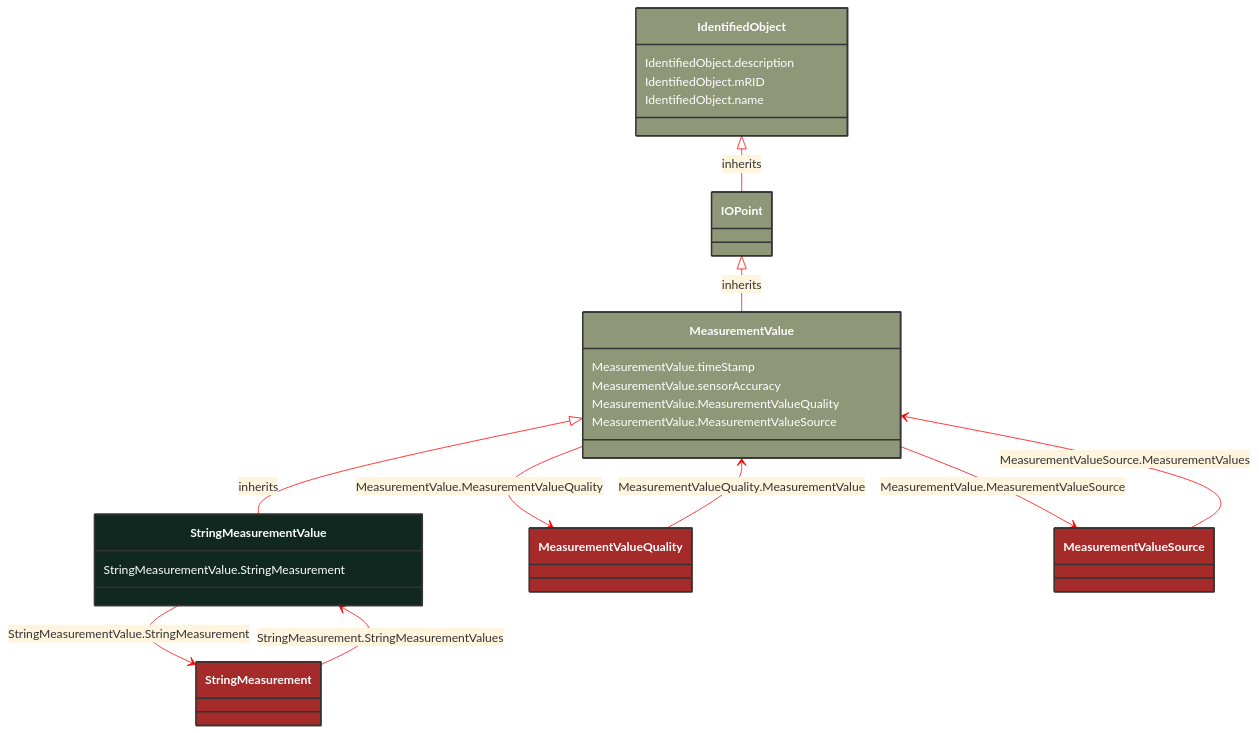
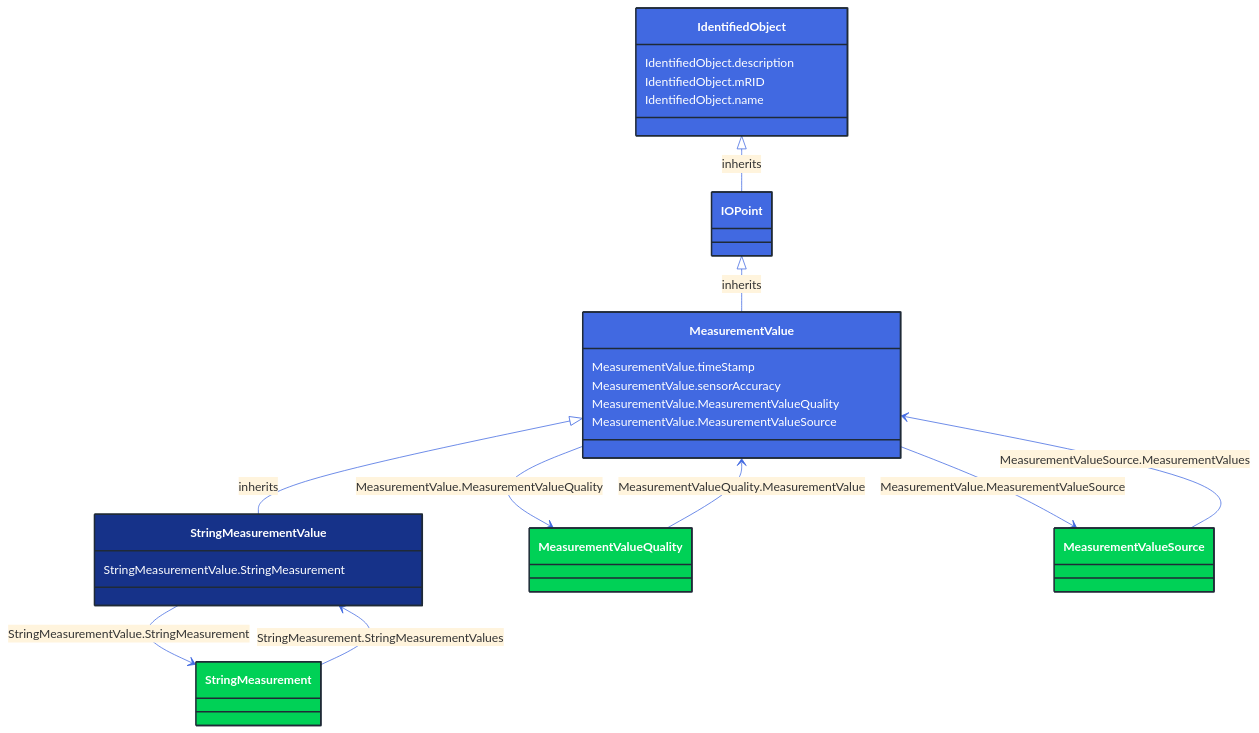
Before and after one commit to 3lbits/NoCIMExtensions: the diagram in docs/Models/Profiles/Operation/ConcreteClasses/StringMeasurementValue.md, drawn with Mermaid. The commit also changed 362 other files, not shown here.

First line of the commit message:
Update diagrams and styles for improved visual consistency

````diff
--- a/docs/Models/Profiles/Operation/ConcreteClasses/StringMeasurementValue.md
+++ b/docs/Models/Profiles/Operation/ConcreteClasses/StringMeasurementValue.md
@@ -8,63 +8,63 @@
 ```mermaid
-%%{init: {'theme':'base','themeVariables': {'lineColor': '#FF0000'}}}%%
+%%{init: {'theme':'base','themeVariables': {'lineColor': '#4169E1'}}}%%
 classDiagram
     class StringMeasurementValue
     click StringMeasurementValue href "/Models/Profiles/Operation/ConcreteClasses/StringMeasurementValue/"
-    style StringMeasurementValue fill:#102820,stroke:#333,stroke-width:2px,rx:10,ry:10,color:white
+    style StringMeasurementValue fill:#163289,stroke:#1F2A37,stroke-width:2px,rx:10,ry:10,color:white
      
         MeasurementValue <|-- StringMeasurementValue : inherits
             click MeasurementValue href "/Models/Profiles/Operation/AbstractClasses/MeasurementValue/"
-            style MeasurementValue fill:#8F9779,stroke:#333,stroke-width:2px,rx:10,ry:10,color:white
+            style MeasurementValue fill:#4169E1,stroke:#1F2A37,stroke-width:2px,rx:10,ry:10,color:white
      
         IOPoint <|-- MeasurementValue : inherits
             click IOPoint href "/Models/Profiles/Operation/AbstractClasses/IOPoint/"
-            style IOPoint fill:#8F9779,stroke:#333,stroke-width:2px,rx:10,ry:10,color:white
+            style IOPoint fill:#4169E1,stroke:#1F2A37,stroke-width:2px,rx:10,ry:10,color:white
      
         IdentifiedObject <|-- IOPoint : inherits
             click IdentifiedObject href "/Models/Profiles/Operation/AbstractClasses/IdentifiedObject/"
-            style IdentifiedObject fill:#8F9779,stroke:#333,stroke-width:2px,rx:10,ry:10,color:white
+            style IdentifiedObject fill:#4169E1,stroke:#1F2A37,stroke-width:2px,rx:10,ry:10,color:white
 
         StringMeasurementValue --> StringMeasurement : StringMeasurementValue.StringMeasurement
 
         StringMeasurement
             click StringMeasurement href "/Models/Profiles/Operation/ConcreteClasses/StringMeasurement/"
-            style StringMeasurement fill:#A52A2A,stroke:#333,stroke-width:2px,rx:10,ry:10,color:white
+            style StringMeasurement fill:#00D156,stroke:#1F2A37,stroke-width:2px,rx:10,ry:10,color:white
         MeasurementValue --> MeasurementValueQuality : MeasurementValue.MeasurementValueQuality
 
         MeasurementValueQuality
             click MeasurementValueQuality href "/Models/Profiles/Operation/ConcreteClasses/MeasurementValueQuality/"
-            style MeasurementValueQuality fill:#A52A2A,stroke:#333,stroke-width:2px,rx:10,ry:10,color:white
+            style MeasurementValueQuality fill:#00D156,stroke:#1F2A37,stroke-width:2px,rx:10,ry:10,color:white
         MeasurementValue --> MeasurementValueSource : MeasurementValue.MeasurementValueSource
 
         MeasurementValueSource
             click MeasurementValueSource href "/Models/Profiles/Operation/ConcreteClasses/MeasurementValueSource/"
-            style MeasurementValueSource fill:#A52A2A,stroke:#333,stroke-width:2px,rx:10,ry:10,color:white
+            style MeasurementValueSource fill:#00D156,stroke:#1F2A37,stroke-width:2px,rx:10,ry:10,color:white
 
         MeasurementValueQuality --> MeasurementValue : MeasurementValueQuality.MeasurementValue
 
         MeasurementValueQuality
             click MeasurementValueQuality href "/Models/Profiles/Operation/ConcreteClasses/MeasurementValueQuality/"
-            style MeasurementValueQuality fill:#A52A2A,stroke:#333,stroke-width:2px,rx:10,ry:10,color:white
+            style MeasurementValueQuality fill:#00D156,stroke:#1F2A37,stroke-width:2px,rx:10,ry:10,color:white
 
         MeasurementValueSource --> MeasurementValue : MeasurementValueSource.MeasurementValues
 
         MeasurementValueSource
             click MeasurementValueSource href "/Models/Profiles/Operation/ConcreteClasses/MeasurementValueSource/"
-            style MeasurementValueSource fill:#A52A2A,stroke:#333,stroke-width:2px,rx:10,ry:10,color:white
+            style MeasurementValueSource fill:#00D156,stroke:#1F2A37,stroke-width:2px,rx:10,ry:10,color:white
 
         StringMeasurement --> StringMeasurementValue : StringMeasurement.StringMeasurementValues
 
         StringMeasurement
             click StringMeasurement href "/Models/Profiles/Operation/ConcreteClasses/StringMeasurement/"
-            style StringMeasurement fill:#A52A2A,stroke:#333,stroke-width:2px,rx:10,ry:10,color:white
+            style StringMeasurement fill:#00D156,stroke:#1F2A37,stroke-width:2px,rx:10,ry:10,color:white
 
 
         StringMeasurementValue : StringMeasurementValue.StringMeasurement
         MeasurementValue : MeasurementValue.timeStamp
         MeasurementValue : MeasurementValue.sensorAccuracy
         MeasurementValue : MeasurementValue.MeasurementValueQuality
         MeasurementValue : MeasurementValue.MeasurementValueSource
         IdentifiedObject : IdentifiedObject.description
         IdentifiedObject : IdentifiedObject.mRID
         IdentifiedObject : IdentifiedObject.name
 ```
````
